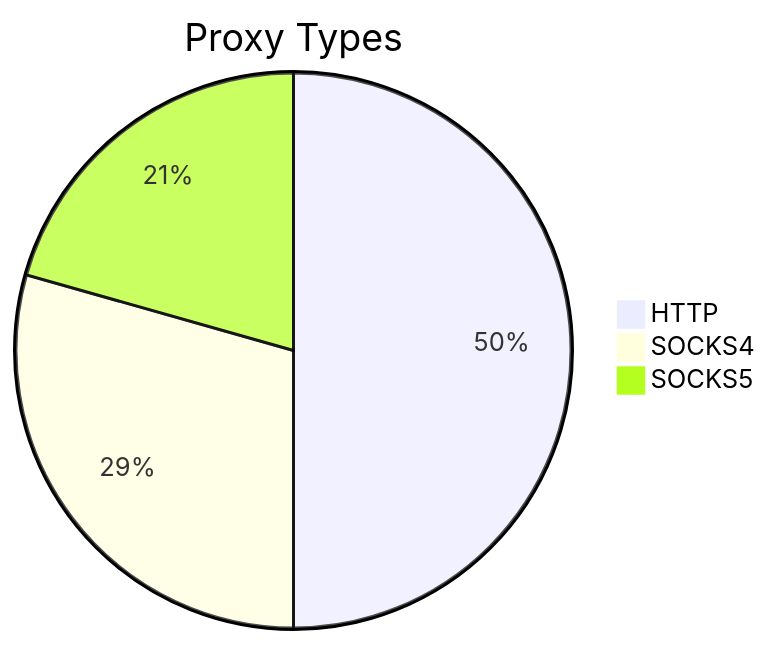
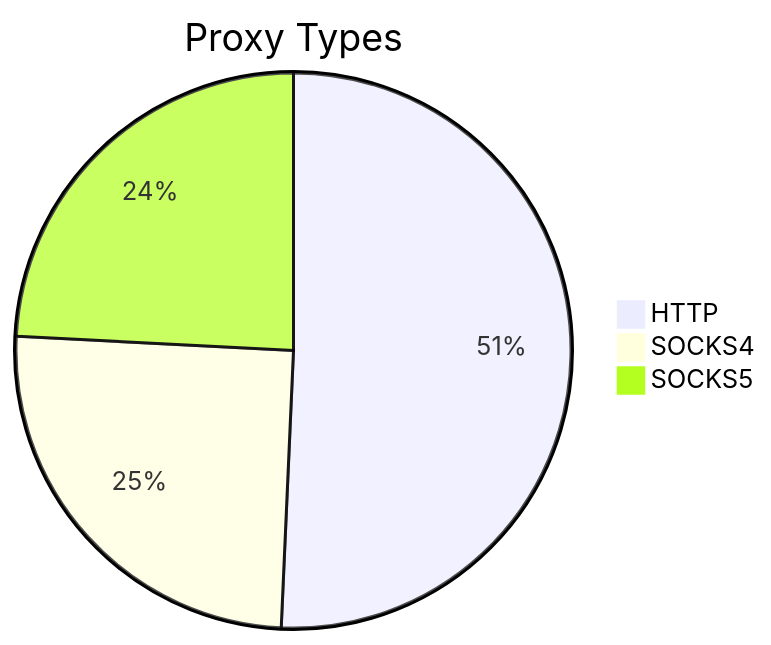
Before and after one commit to stormsia/proxy-list: the first of 2 diagrams in README.md, drawn with Mermaid. The commit also changed other lines of this file, not shown here.

````diff
--- a/README.md
+++ b/README.md
@@ -21,6 +21,6 @@
 ```mermaid
 pie title Proxy Types
-    "HTTP" : 313
-    "SOCKS4" : 184
-    "SOCKS5" : 129
+    "HTTP" : 216
+    "SOCKS4" : 107
+    "SOCKS5" : 103
 ```
````
